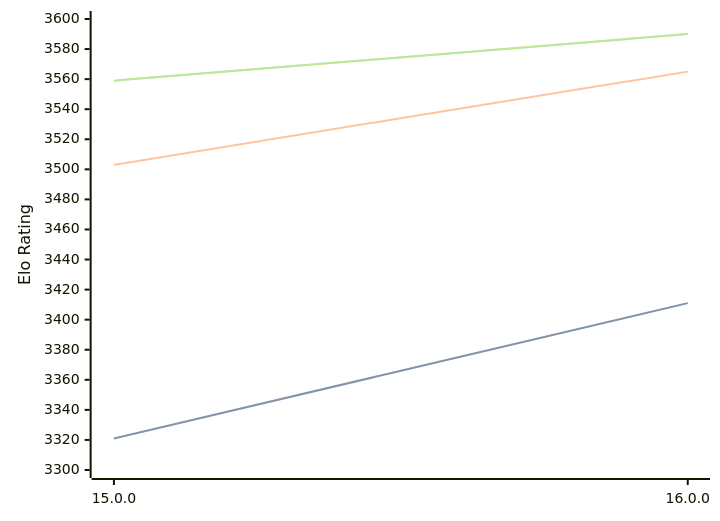
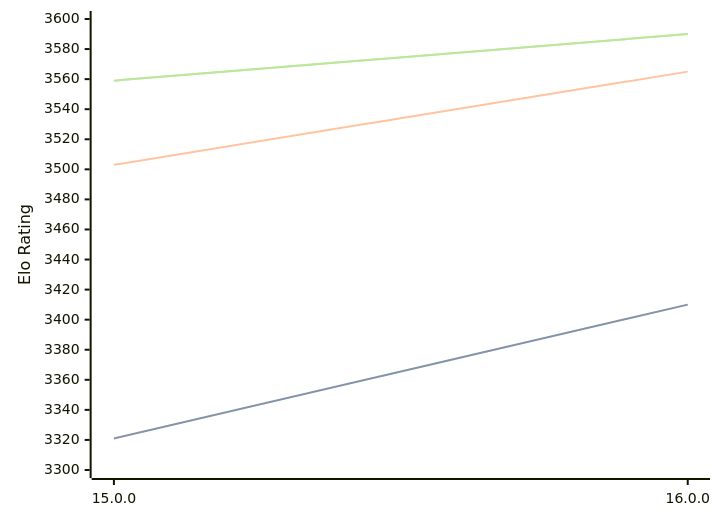
Before and after one commit to computer-chess-index/cci: the diagram in engines/Halogen.md, drawn with Mermaid. The commit also changed other lines of this file, not shown here.

Commit message:
Update CCI Ratings (ELO VLTC) - 2026-02-13

````diff
--- a/engines/Halogen.md
+++ b/engines/Halogen.md
@@ -47,11 +47,11 @@
 ```mermaid
 %%{init: {"theme":"base","themeVariables":{"seriesColors:['#a3a3a3','#222221','#faa371']}}}%%
 xychart-beta
   x-axis ["15.0.0", "16.0.0"]
   y-axis "Elo Rating" 3300 --> 3600
-  line "STC (8.0+0.08s)" [3321, 3411]
-  line "STC (8.0+0.08s)" [3321, 3411]
+  line "STC (8.0+0.08s)" [3321, 3410]
+  line "STC (8.0+0.08s)" [3321, 3410]
   line "LTC (60.0+0.60s)" [3503, 3565]
   line "VLTC (2m24s+1.12s)" [3559, 3590]
   line "VLTC (2m24s+1.12s)" [3559, 3590]
 ```
````
